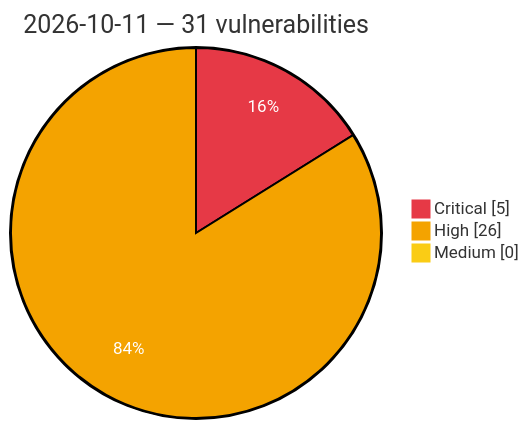
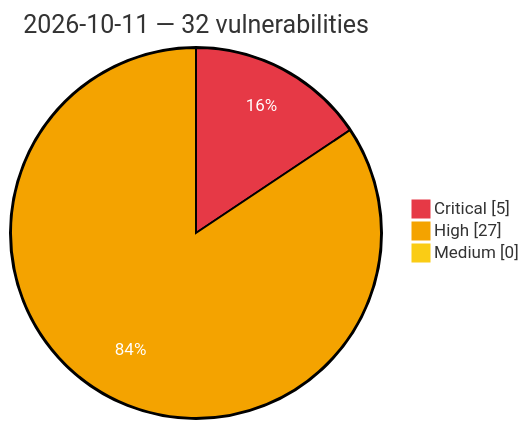
The diagram in vulnerabilities/2026/October/2026-10-11.md (GhostX0X/vuln-tracker), drawn with Mermaid before and after one commit. The commit also changed other lines of this file and 5 other files, not shown here.

````diff
--- a/vulnerabilities/2026/October/2026-10-11.md
+++ b/vulnerabilities/2026/October/2026-10-11.md
@@ -3,8 +3,8 @@
 ```mermaid
 %%{init: {'theme':'base', 'themeVariables': {'pie1':'#e63946', 'pie2':'#f4a300', 'pie3':'#facc15', 'pieOpacity':'1', 'pieOuterStrokeWidth':'2px', 'pieSectionTextColor':'#ffffff'}}}%%
 pie showData
-    title 2026-10-11 — 31 vulnerabilities
+    title 2026-10-11 — 32 vulnerabilities
     "Critical" : 5
-    "High" : 26
+    "High" : 27
     "Medium" : 0
 ```
````
